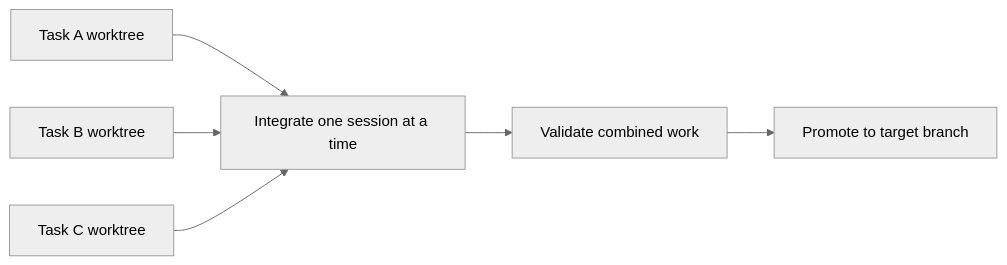
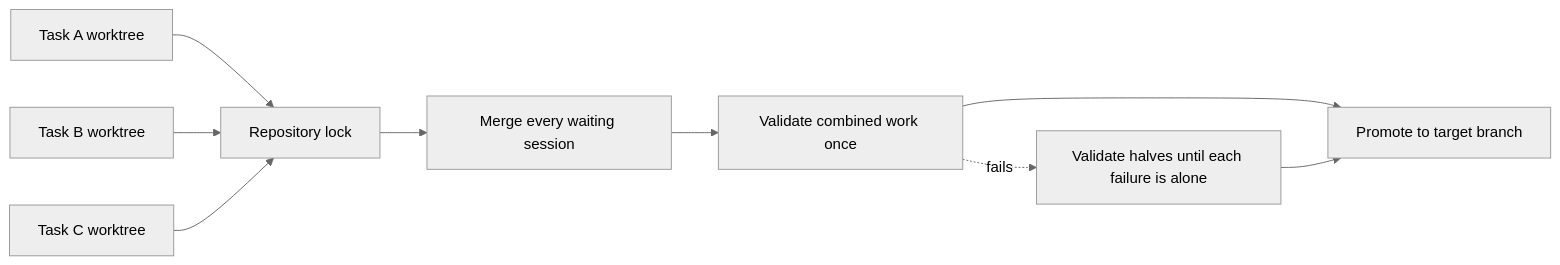
Before and after one commit to byte-span/sesh-integrator: the diagram in README.md, drawn with Mermaid (neutral theme). The commit also changed other lines of this file and 16 other files, not shown here.

First line of the commit message:
Batch concurrent integrations into one validated merge (SI-011)

````diff
--- a/README.md
+++ b/README.md
@@ -148,8 +150,11 @@
 ```mermaid
 flowchart LR
-    A[Task A worktree] --> I[Integrate one session at a time]
-    B[Task B worktree] --> I
-    C[Task C worktree] --> I
-    I --> V[Validate combined work]
+    A[Task A worktree] --> L[Repository lock]
+    B[Task B worktree] --> L
+    C[Task C worktree] --> L
+    L --> I[Merge every waiting session]
+    I --> V[Validate combined work once]
     V --> T[Promote to target branch]
+    V -. fails .-> H[Validate halves until each failure is alone]
+    H --> T
 ```
````
